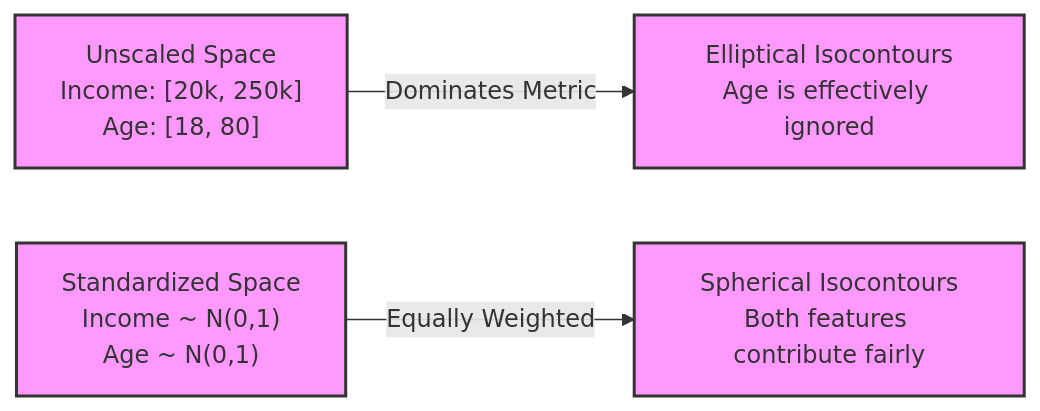
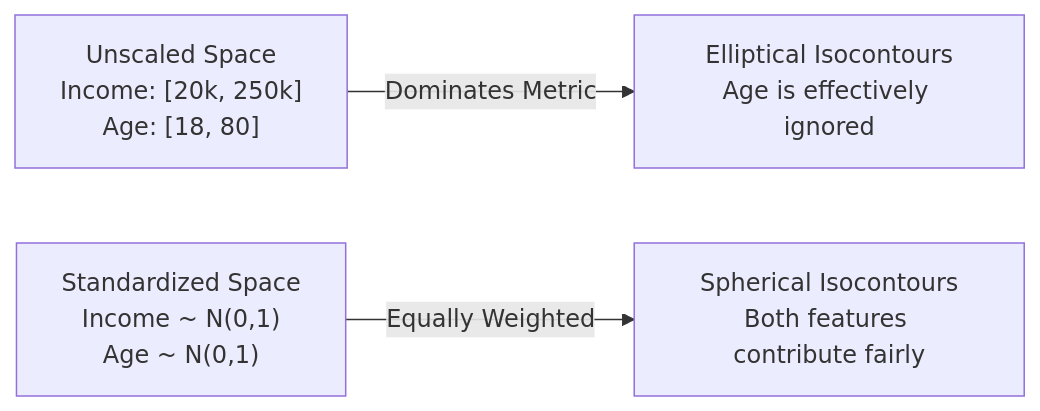
One commit to vettrivel-kl/vettrivel-kl.github.io changed the first of 2 diagrams in docs/Machine-Learning-Algorithms/10-k-nearest-neighbors/02-practical-knn-and-scaling.mdx. Above: the diagram before and after it, drawn with Mermaid. The commit also changed other lines of this file and 51 other files, not shown here.

````diff
--- a/docs/Machine-Learning-Algorithms/10-k-nearest-neighbors/02-practical-knn-and-scaling.mdx
+++ b/docs/Machine-Learning-Algorithms/10-k-nearest-neighbors/02-practical-knn-and-scaling.mdx
@@ -30,10 +30,6 @@
 ```mermaid
 flowchart LR
-    classDef step fill:#f9f,stroke:#333,stroke-width:2px;
-    
     A["Unscaled Space<br/>Income: [20k, 250k]<br/>Age: [18, 80]"] -->|Dominates Metric| B["Elliptical Isocontours<br/>Age is effectively ignored"]
     
     C["Standardized Space<br/>Income ~ N(0,1)<br/>Age ~ N(0,1)"] -->|Equally Weighted| D["Spherical Isocontours<br/>Both features contribute fairly"]
-    
-    class A,B,C,D step;
 ```
````
